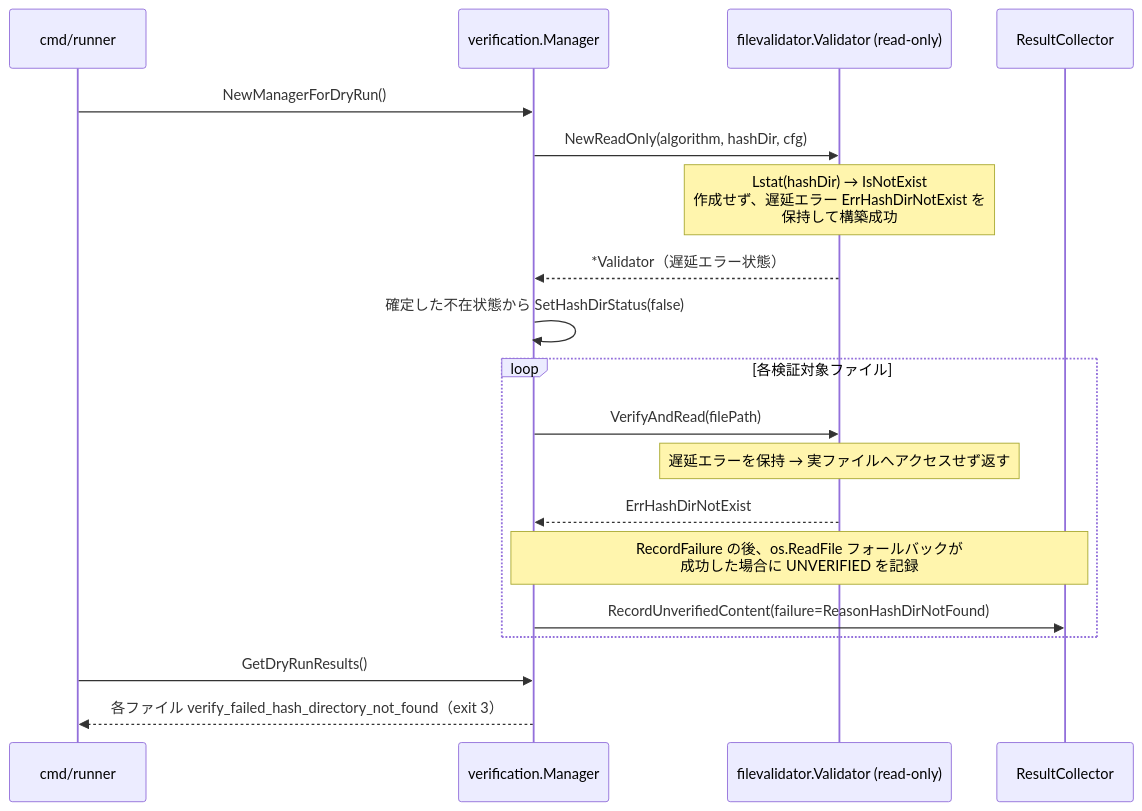
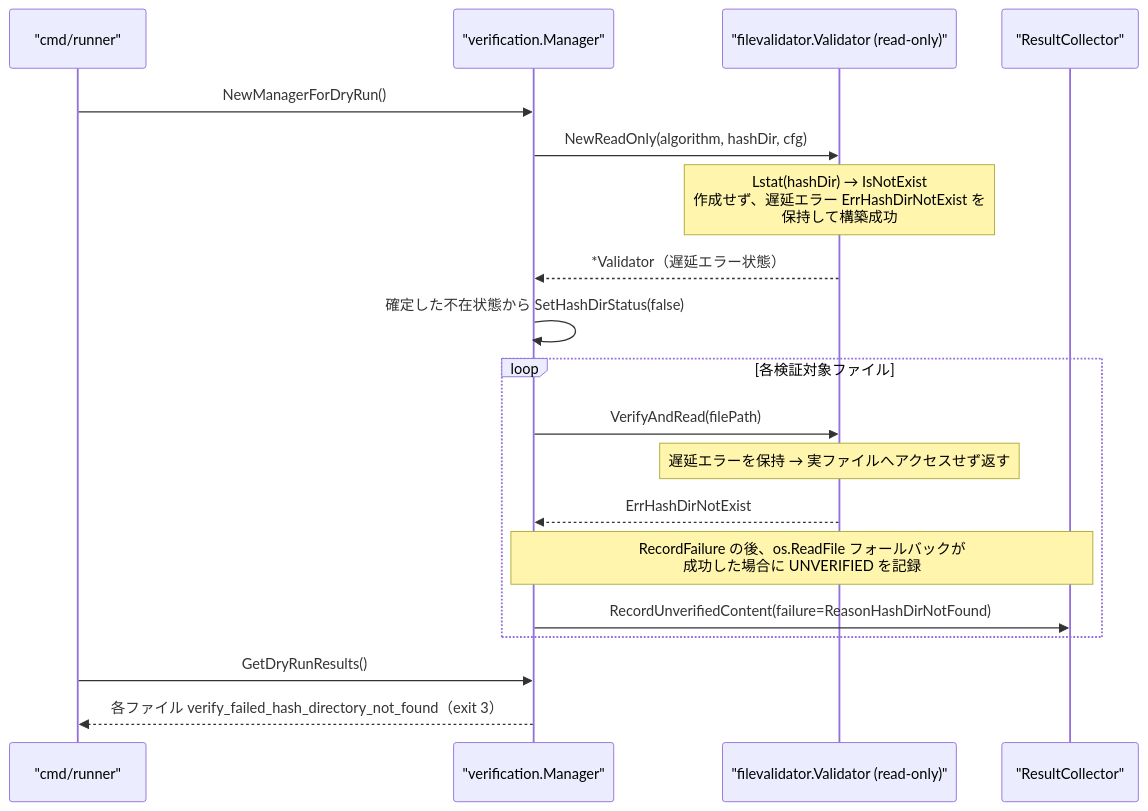
One commit to isseis/go-safe-cmd-runner changed the fifth of 7 diagrams in docs/tasks/0148_dry_run_hash_directory_no_create/02_architecture.md. Above: the diagram before and after it, drawn with Mermaid. The commit also changed other lines of this file, not shown here.

Commit message:
docs(0148): fix mermaid label quoting and NewStoreReadOnly test description
Quote sequenceDiagram participant labels per mermaid_reference.md, and
correct §7.1(a) which contradicted §3.1 by describing NewStoreReadOnly
as returning an absent-state Store instead of an error.

````diff
--- a/docs/tasks/0148_dry_run_hash_directory_no_create/02_architecture.md
+++ b/docs/tasks/0148_dry_run_hash_directory_no_create/02_architecture.md
@@ -175,24 +175,24 @@
 ```mermaid
 sequenceDiagram
-    participant CM as cmd/runner
-    participant MG as verification.Manager
-    participant FV as filevalidator.Validator (read-only)
-    participant RC as ResultCollector
+    participant CM as "cmd/runner"
+    participant MG as "verification.Manager"
+    participant FV as "filevalidator.Validator (read-only)"
+    participant RC as "ResultCollector"
 
     CM->>MG: NewManagerForDryRun()
     MG->>FV: NewReadOnly(algorithm, hashDir, cfg)
     Note over FV: Lstat(hashDir) → IsNotExist<br>作成せず、遅延エラー ErrHashDirNotExist を<br>保持して構築成功
     FV-->>MG: *Validator（遅延エラー状態）
     MG->>MG: 確定した不在状態から SetHashDirStatus(false)
 
     loop 各検証対象ファイル
         MG->>FV: VerifyAndRead(filePath)
         Note over FV: 遅延エラーを保持 → 実ファイルへアクセスせず返す
         FV-->>MG: ErrHashDirNotExist
         Note over MG,RC: RecordFailure の後、os.ReadFile フォールバックが<br>成功した場合に UNVERIFIED を記録
         MG->>RC: RecordUnverifiedContent(failure=ReasonHashDirNotFound)
     end
 
     CM->>MG: GetDryRunResults()
     MG-->>CM: 各ファイル verify_failed_hash_directory_not_found（exit 3）
 ```
````
